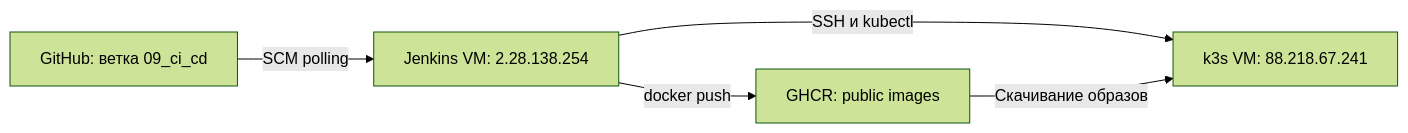
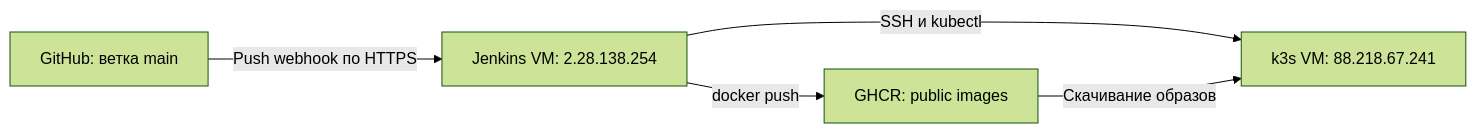
The diagram in README.md (badKOT/tech-support-ticket-service), drawn with Mermaid (forest theme) before and after one commit. The commit also changed other lines of this file, not shown here.

````diff
--- a/README.md
+++ b/README.md
@@ -73,12 +231,12 @@
 ```mermaid
 flowchart LR
-    GitHub["GitHub: ветка 09_ci_cd"]
+    GitHub["GitHub: ветка main"]
     Jenkins["Jenkins VM: 2.28.138.254"]
     GHCR["GHCR: public images"]
     Kubernetes["k3s VM: 88.218.67.241"]
 
-    GitHub -->|SCM polling| Jenkins
+    GitHub -->|Push webhook по HTTPS| Jenkins
     Jenkins -->|docker push| GHCR
     Jenkins -->|SSH и kubectl| Kubernetes
     GHCR -->|Скачивание образов| Kubernetes
 ```
````
